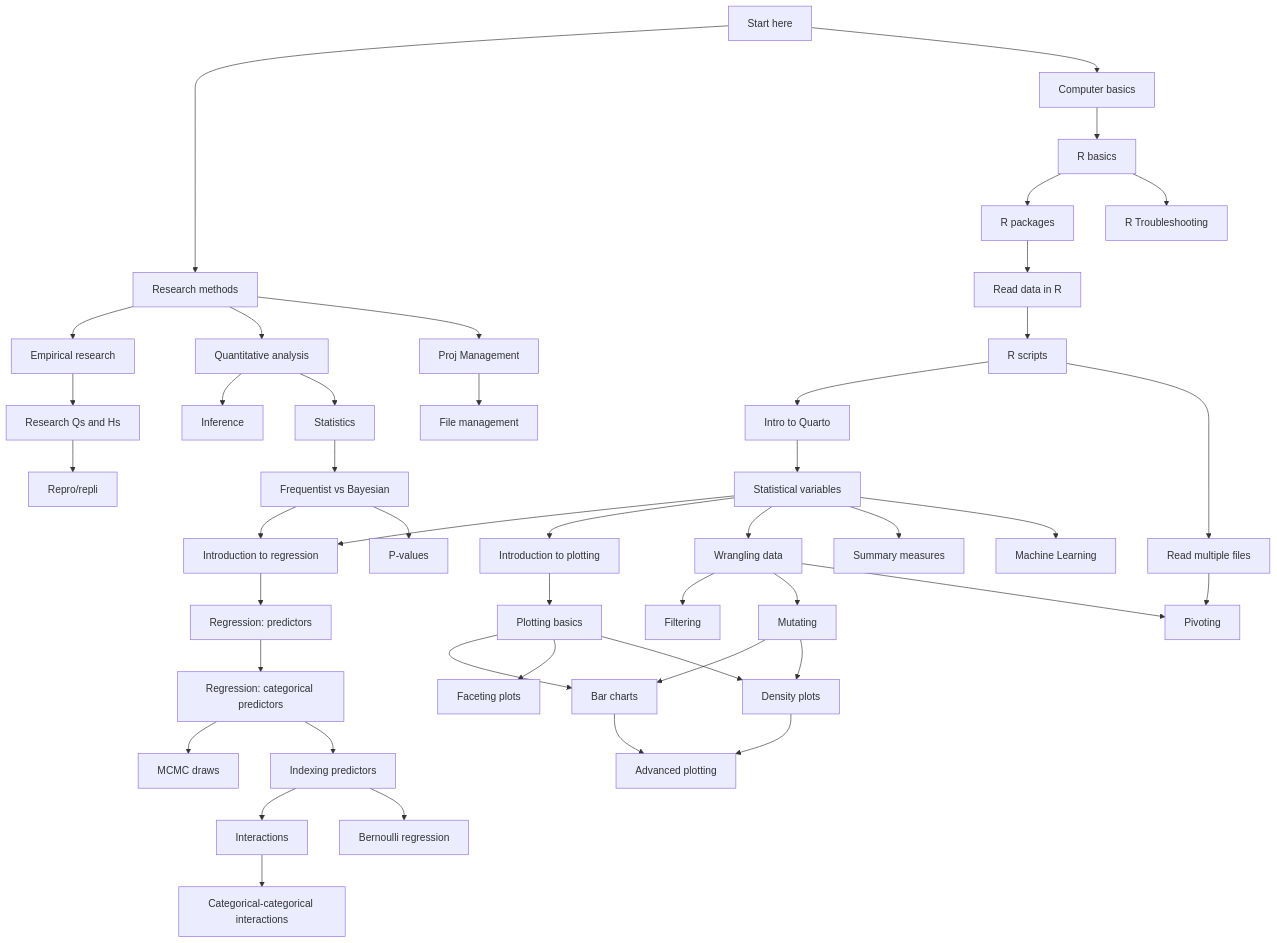
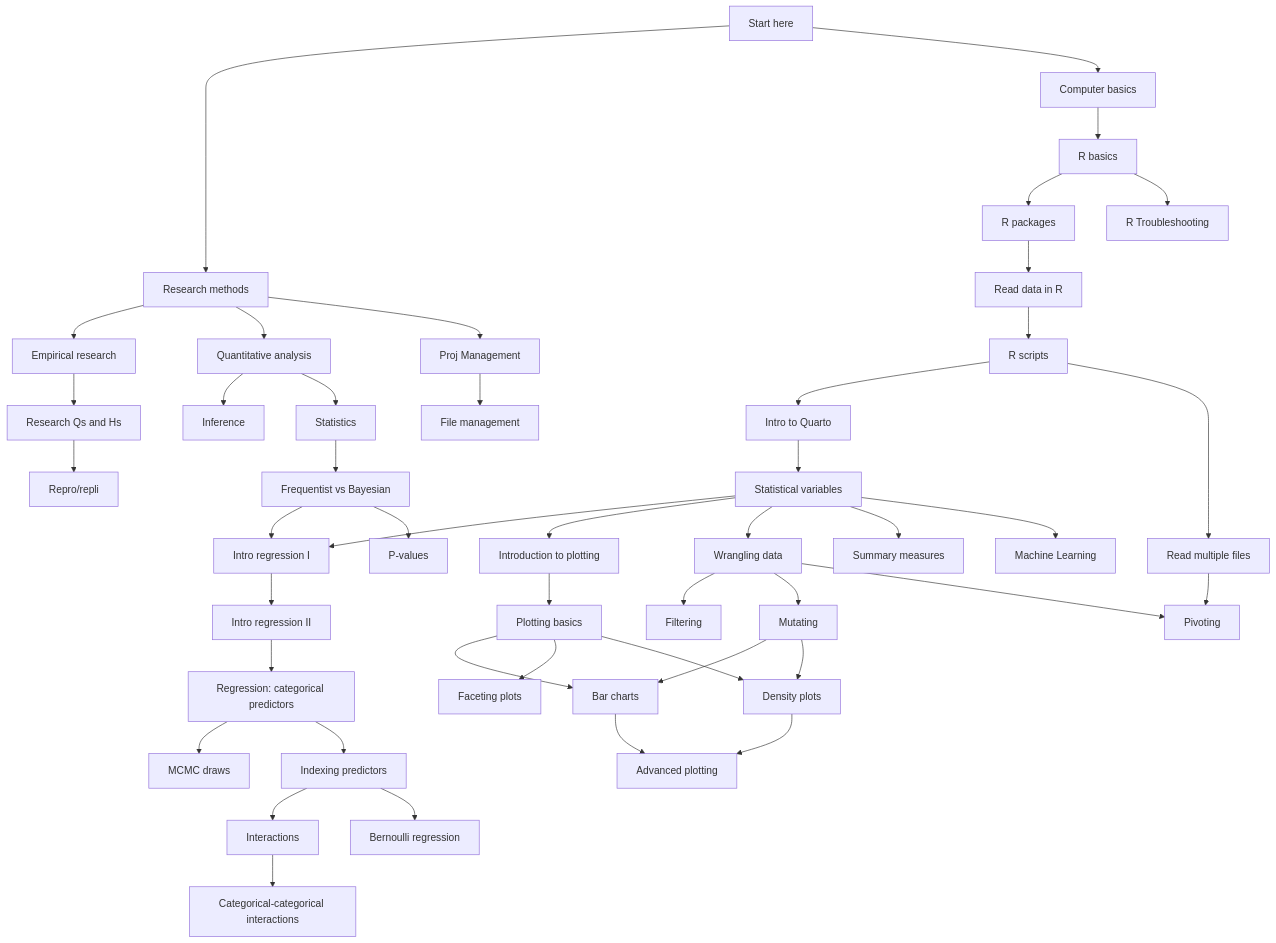
The diagram in map.qmd (uoelel/qml), drawn with Mermaid before and after one commit. The commit also changed 7 other files, not shown here.

```diff
--- a/map.qmd
+++ b/map.qmd
@@ -30,7 +30,7 @@
   click H href "posts/data-types.html" "Go to page"
   I[Read multiple files]
   click I href "posts/import-multiple.html" "Go to page"
-  J[Introduction to regression]
+  J[Intro regression I]
   click J href "posts/intro-regression.html" "Go to page"
   K[Introduction to plotting]
   click K href "posts/intro-plot.html" "Go to page"
@@ -84,7 +84,7 @@
   AP[P-values]
   click AP href "posts/p-values.html" "Go to page"
   
-  R[Regression: predictors]
+  R[Intro regression II]
   click R href "posts/intro-regression-predictors.html" "Go to page"
   S[Regression: categorical predictors]
   click S href "posts/intro-regression-categorical.html" "Go to page"
```
